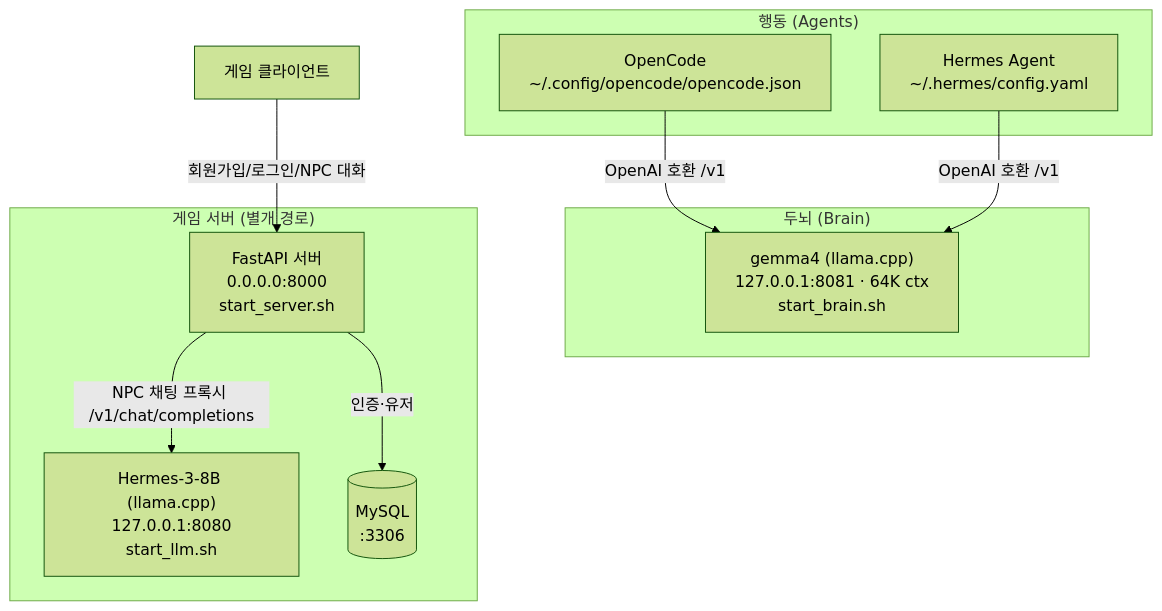
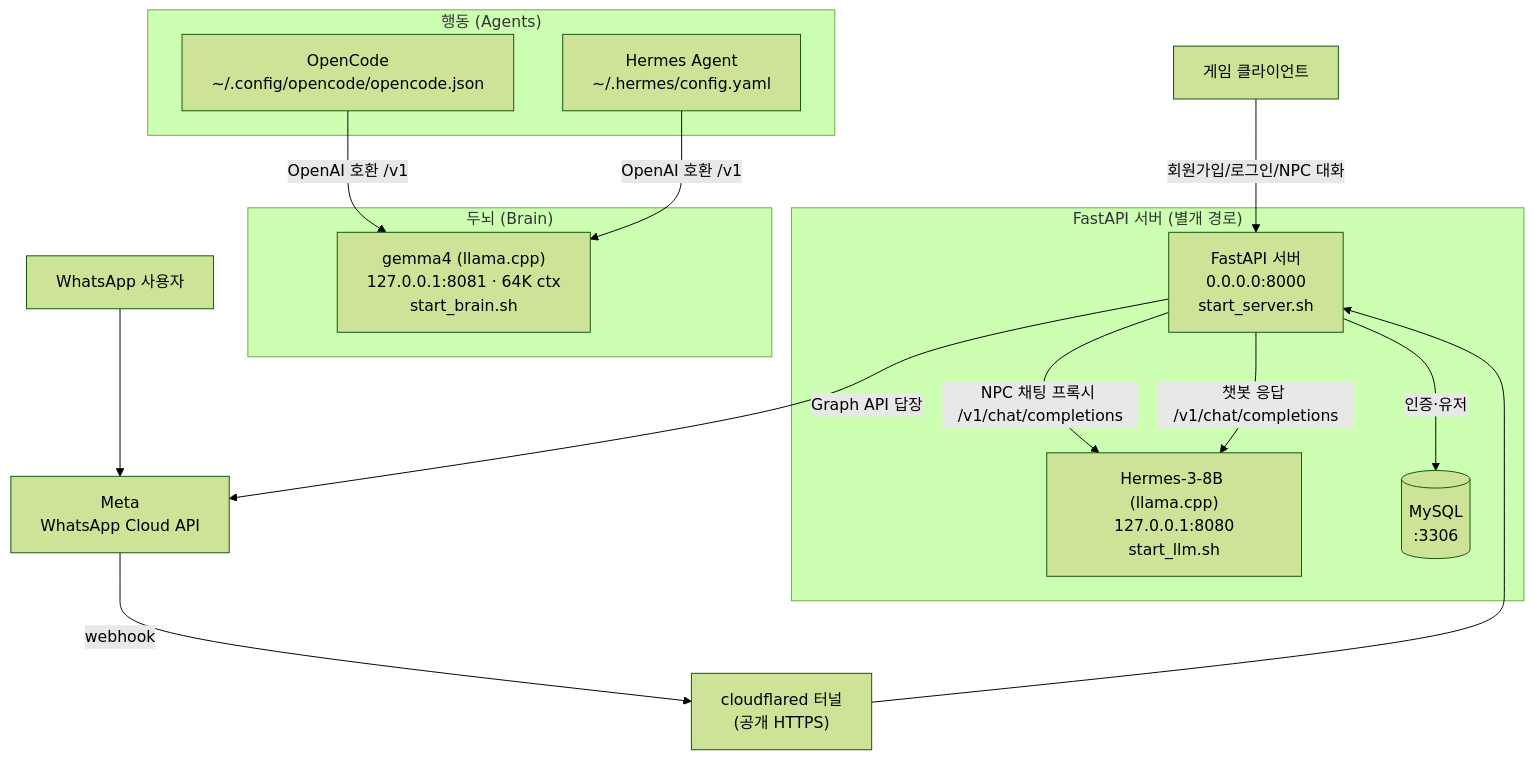
Before and after one commit to YunSeokChoi-Disney/ViveCoding_LLM-AgentConnection: the diagram in README.md, drawn with Mermaid (forest theme). The commit also changed other lines of this file, not shown here.

First line of the commit message:
Update README with WhatsApp chatbot feature

````diff
--- a/README.md
+++ b/README.md
@@ -16,26 +17,34 @@
 ```mermaid
 flowchart TD
     subgraph Agents["행동 (Agents)"]
         OC["OpenCode<br/>~/.config/opencode/opencode.json"]
         HA["Hermes Agent<br/>~/.hermes/config.yaml"]
     end
 
     subgraph Brain["두뇌 (Brain)"]
         BRAIN["gemma4 (llama.cpp)<br/>127.0.0.1:8081 · 64K ctx<br/>start_brain.sh"]
     end
 
-    subgraph Game["게임 서버 (별개 경로)"]
+    subgraph Game["FastAPI 서버 (별개 경로)"]
         API["FastAPI 서버<br/>0.0.0.0:8000<br/>start_server.sh"]
         NPC["Hermes-3-8B (llama.cpp)<br/>127.0.0.1:8080<br/>start_llm.sh"]
         DB[("MySQL<br/>:3306")]
     end
 
     Client["게임 클라이언트"]
+    WAUser["WhatsApp 사용자"]
+    Meta["Meta<br/>WhatsApp Cloud API"]
+    Tunnel["cloudflared 터널<br/>(공개 HTTPS)"]
 
     OC -- "OpenAI 호환 /v1" --> BRAIN
     HA -- "OpenAI 호환 /v1" --> BRAIN
 
     Client -- "회원가입/로그인/NPC 대화" --> API
     API -- "인증·유저" --> DB
     API -- "NPC 채팅 프록시 /v1/chat/completions" --> NPC
+
+    WAUser --> Meta
+    Meta -- "webhook" --> Tunnel --> API
+    API -- "챗봇 응답 /v1/chat/completions" --> NPC
+    API -- "Graph API 답장" --> Meta
 ```
````
